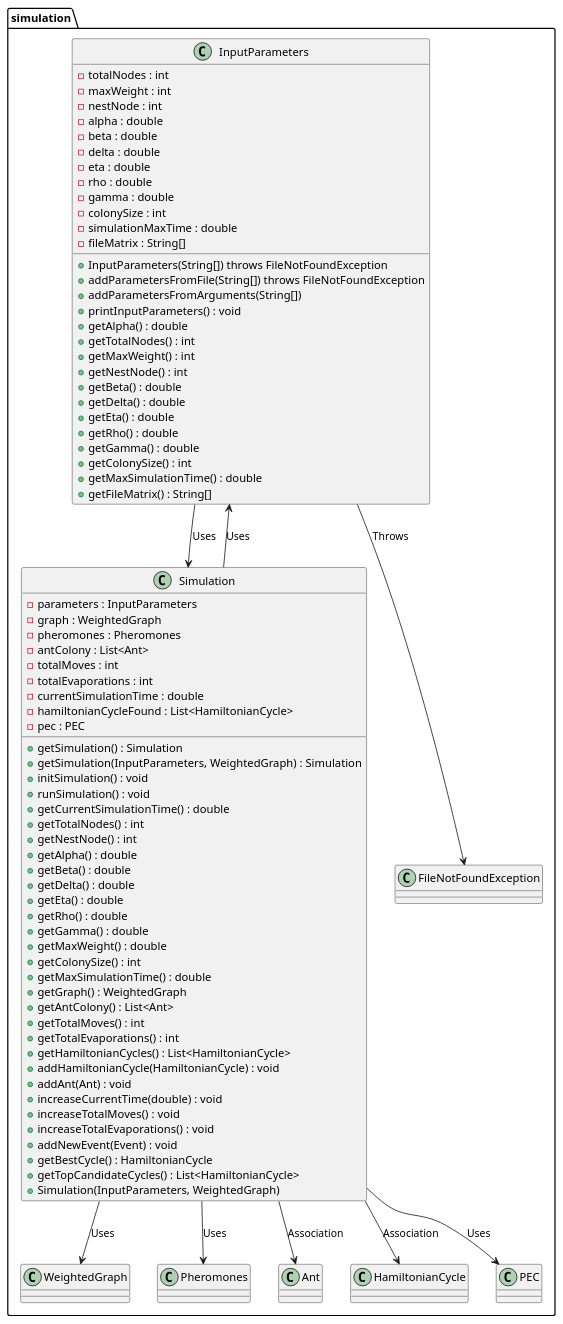
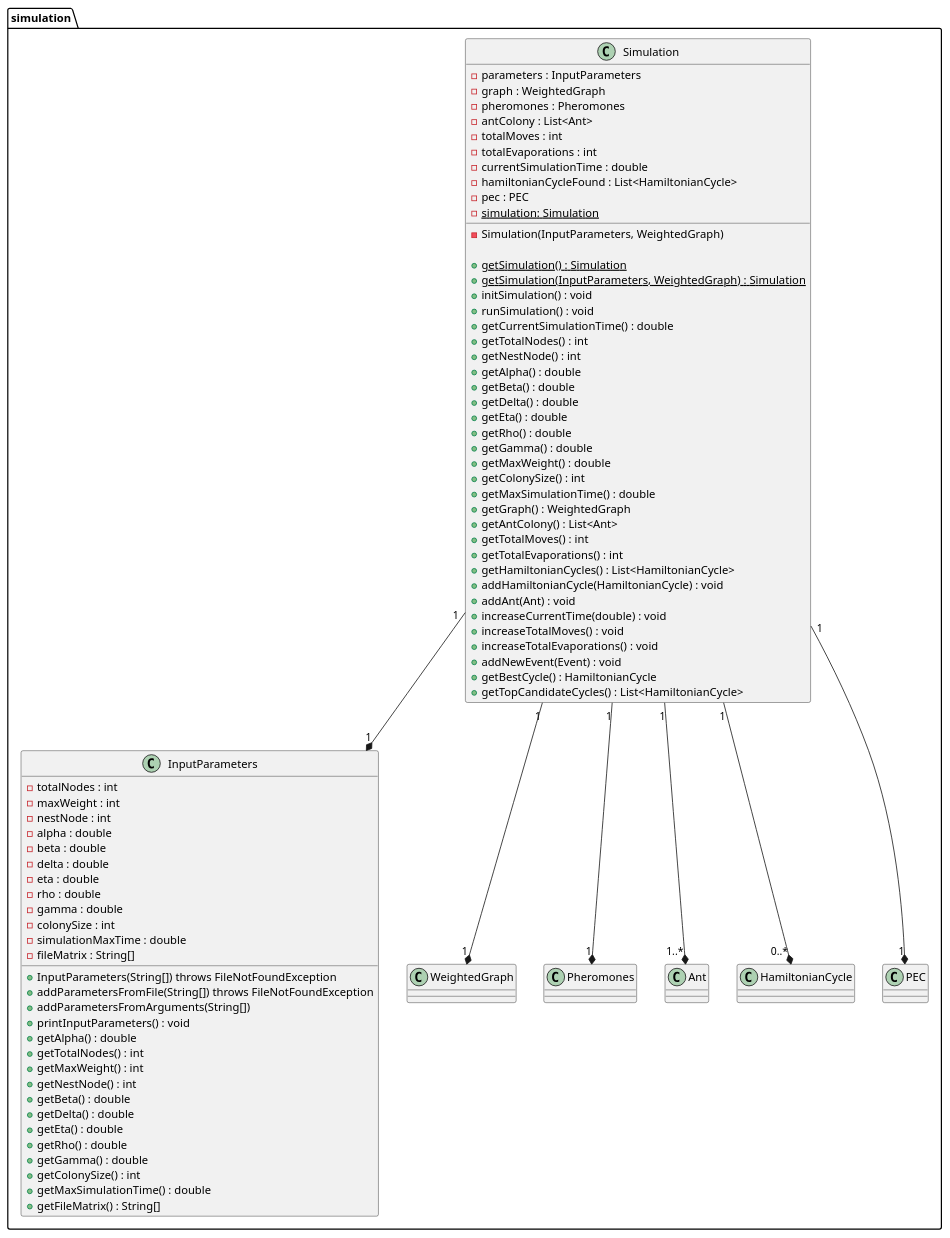
The diagram in uml/simulation.puml (fredericocascais/oop-project), drawn with PlantUML before and after one commit. The commit also changed 25 other files, not shown here.

```diff
--- a/uml/simulation.puml
+++ b/uml/simulation.puml
@@ -1,87 +1,87 @@
 @startuml
 
 package simulation {
     class InputParameters {
         + InputParameters(String[]) throws FileNotFoundException
         + addParametersFromFile(String[]) throws FileNotFoundException
         + addParametersFromArguments(String[])
         + printInputParameters() : void
         + getAlpha() : double
         + getTotalNodes() : int
         + getMaxWeight() : int
         + getNestNode() : int
         + getBeta() : double
         + getDelta() : double
         + getEta() : double
         + getRho() : double
         + getGamma() : double
         + getColonySize() : int
         + getMaxSimulationTime() : double
         + getFileMatrix() : String[]
         - totalNodes : int
         - maxWeight : int
         - nestNode : int
         - alpha : double
         - beta : double
         - delta : double
         - eta : double
         - rho : double
         - gamma : double
         - colonySize : int
         - simulationMaxTime : double
         - fileMatrix : String[]
     }
 
     class Simulation {
-        + getSimulation() : Simulation
-        + getSimulation(InputParameters, WeightedGraph) : Simulation
+        - parameters : InputParameters
+        - graph : WeightedGraph
+        - pheromones : Pheromones
+        - antColony : List<Ant>
+        - totalMoves : int
+        - totalEvaporations : int
+        - currentSimulationTime : double
+        - hamiltonianCycleFound : List<HamiltonianCycle>
+        - pec : PEC
+        {static} - simulation: Simulation
+        - Simulation(InputParameters, WeightedGraph)
+
+        {static} + getSimulation() : Simulation
+        {static} + getSimulation(InputParameters, WeightedGraph) : Simulation
         + initSimulation() : void
         + runSimulation() : void
         + getCurrentSimulationTime() : double
         + getTotalNodes() : int
         + getNestNode() : int
         + getAlpha() : double
         + getBeta() : double
         + getDelta() : double
         + getEta() : double
         + getRho() : double
         + getGamma() : double
         + getMaxWeight() : double
         + getColonySize() : int
         + getMaxSimulationTime() : double
         + getGraph() : WeightedGraph
         + getAntColony() : List<Ant>
         + getTotalMoves() : int
         + getTotalEvaporations() : int
         + getHamiltonianCycles() : List<HamiltonianCycle>
         + addHamiltonianCycle(HamiltonianCycle) : void
         + addAnt(Ant) : void
         + increaseCurrentTime(double) : void
         + increaseTotalMoves() : void
         + increaseTotalEvaporations() : void
         + addNewEvent(Event) : void
         + getBestCycle() : HamiltonianCycle
         + getTopCandidateCycles() : List<HamiltonianCycle>
-        - parameters : InputParameters
-        - graph : WeightedGraph
-        - pheromones : Pheromones
-        - antColony : List<Ant>
-        - totalMoves : int
-        - totalEvaporations : int
-        - currentSimulationTime : double
-        - hamiltonianCycleFound : List<HamiltonianCycle>
-        - pec : PEC
-        + Simulation(InputParameters, WeightedGraph)
     }
-
-    InputParameters --> FileNotFoundException: Throws
-    InputParameters --> Simulation: Uses    
-    Simulation --> InputParameters: Uses
-    Simulation --> WeightedGraph: Uses
-    Simulation --> Pheromones: Uses
-    Simulation --> Ant: Association
-    Simulation --> HamiltonianCycle: Association
-    Simulation --> PEC: Uses
+  
+    Simulation "1" --* "1" InputParameters
+    Simulation "1" --* "1" WeightedGraph
+    Simulation "1" --* "1" Pheromones
+    Simulation "1" --* "1..*" Ant
+    Simulation "1" --* "0..*" HamiltonianCycle
+    Simulation "1" --* "1" PEC
 }
 
 @enduml
```
